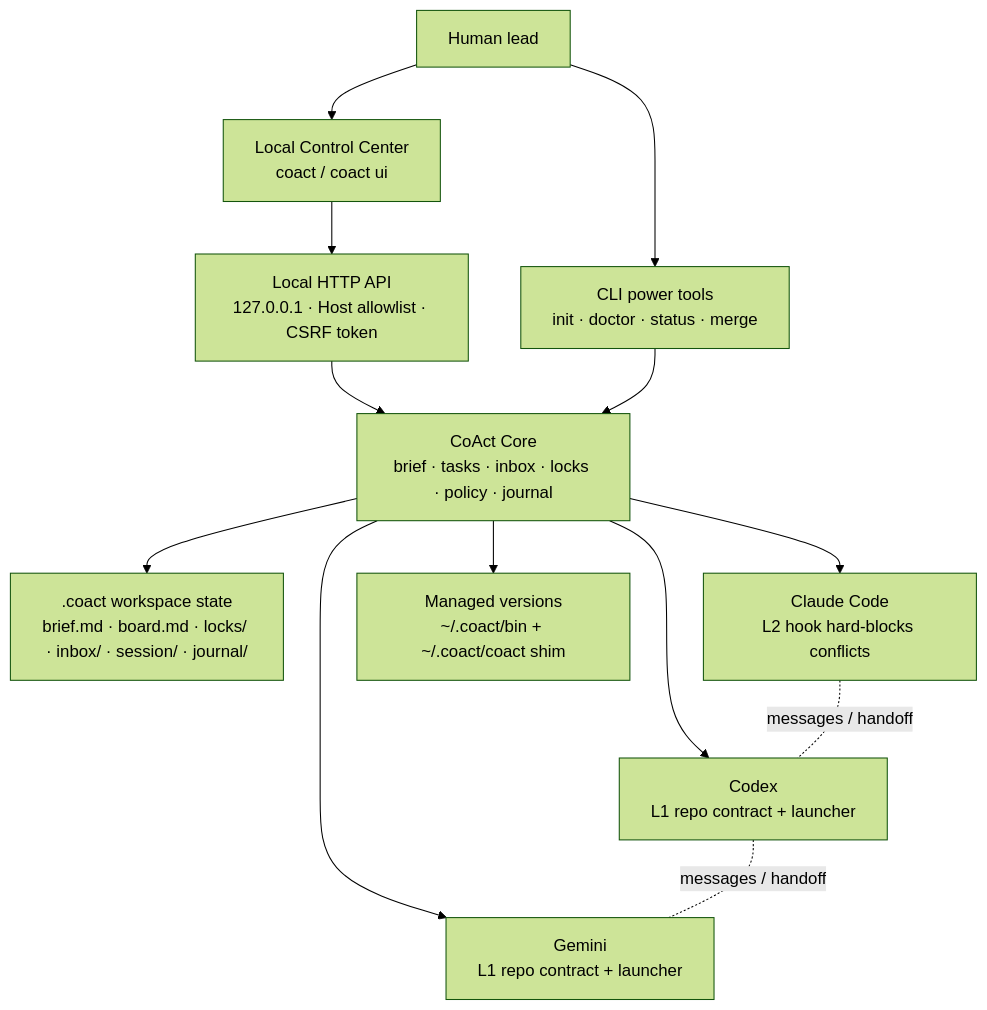
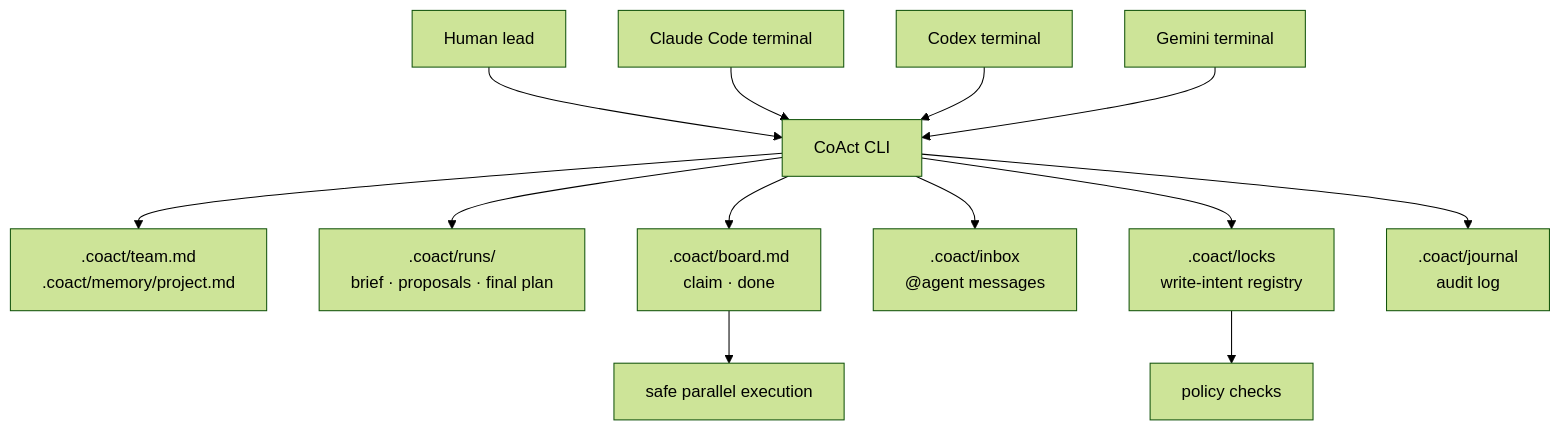
One commit to tianyi-zhang-02/coact changed the diagram in README.md. Above: the diagram before and after it, drawn with Mermaid (forest theme). The commit also changed other lines of this file and 20 other files, not shown here.

Commit message:
feat: pivot coact to terminal-native coordination

````diff
--- a/README.md
+++ b/README.md
@@ -107,18 +110,17 @@
 ```mermaid
 flowchart TB
-    Human["Human lead"] --> UI["Local Control Center<br/>coact / coact ui"]
-    Human --> CLI["CLI power tools<br/>init · doctor · status · merge"]
+    Human["Human lead"] --> CLI["CoAct CLI"]
+    CLI --> Memory[".coact/team.md<br/>.coact/memory/project.md"]
+    CLI --> Runs[".coact/runs/<run><br/>brief · proposals · final plan"]
+    CLI --> Board[".coact/board.md<br/>claim · done"]
+    CLI --> Inbox[".coact/inbox<br/>@agent messages"]
+    CLI --> Locks[".coact/locks<br/>write-intent registry"]
+    CLI --> Journal[".coact/journal<br/>audit log"]
 
-    UI --> API["Local HTTP API<br/>127.0.0.1 · Host allowlist · CSRF token"]
-    API --> Core["CoAct Core<br/>brief · tasks · inbox · locks · policy · journal"]
-    CLI --> Core
+    Claude["Claude Code terminal"] --> CLI
+    Codex["Codex terminal"] --> CLI
+    Gemini["Gemini terminal"] --> CLI
 
-    Core --> FS[".coact workspace state<br/>brief.md · board.md · locks/ · inbox/ · session/ · journal/"]
-    Core --> Claude["Claude Code<br/>L2 hook hard-blocks conflicts"]
-    Core --> Codex["Codex<br/>L1 repo contract + launcher"]
-    Core --> Gemini["Gemini<br/>L1 repo contract + launcher"]
-    Core --> Versions["Managed versions<br/>~/.coact/bin + ~/.coact/coact shim"]
-
-    Claude -. messages / handoff .- Codex
-    Codex -. messages / handoff .- Gemini
+    Locks --> Policy["policy checks"]
+    Board --> Execution["safe parallel execution"]
 ```
````
